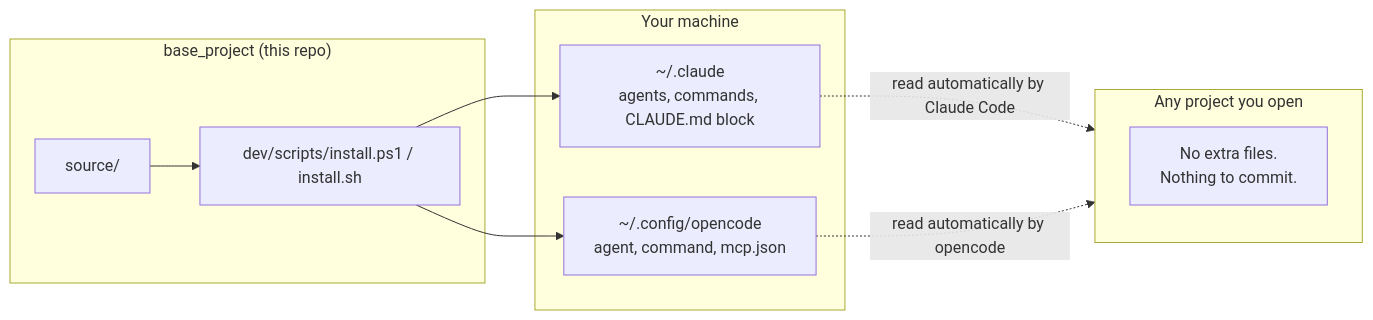
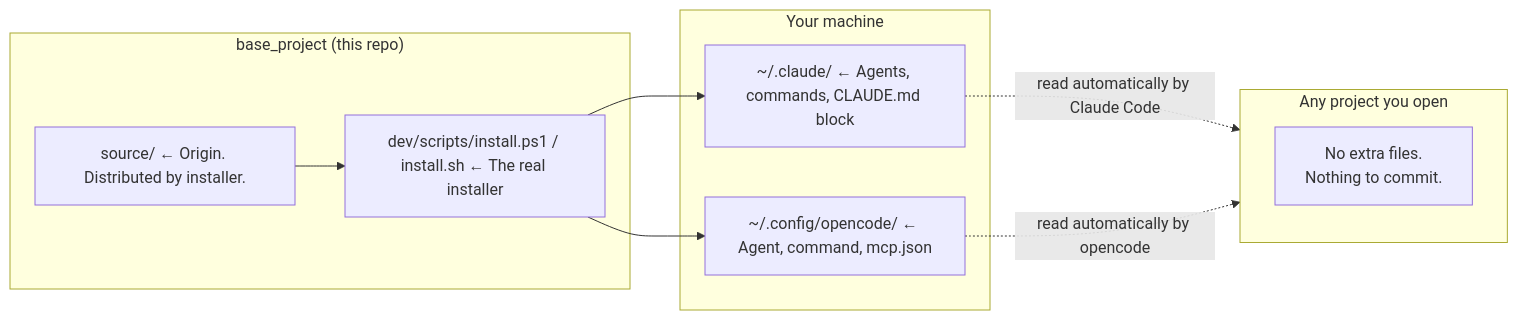
One commit to alexmiguel011014-stack/base_project changed the diagram in README.md. Above: the diagram before and after it, drawn with Mermaid. The commit also changed other lines of this file and 5 other files, not shown here.

````diff
--- a/README.md
+++ b/README.md
@@ -27,20 +50,20 @@
 ```mermaid
 flowchart LR
     subgraph BP["base_project (this repo)"]
-        S["source/"]
-        I["dev/scripts/install.ps1 / install.sh"]
+        S["source/ ← Origin. Distributed by installer."]
+        I["dev/scripts/install.ps1 / install.sh ← The real installer"]
     end
     subgraph GLOBAL["Your machine"]
-        C["~/.claude<br/>agents, commands, CLAUDE.md block"]
-        O["~/.config/opencode<br/>agent, command, mcp.json"]
+        C["~/.claude/ ← Agents, commands, CLAUDE.md block"]
+        O["~/.config/opencode/ ← Agent, command, mcp.json"]
     end
     subgraph PROJ["Any project you open"]
         P["No extra files.<br/>Nothing to commit."]
     end
 
     S --> I
     I --> C
     I --> O
     C -. read automatically by Claude Code .-> PROJ
     O -. read automatically by opencode .-> PROJ
 ```
````
